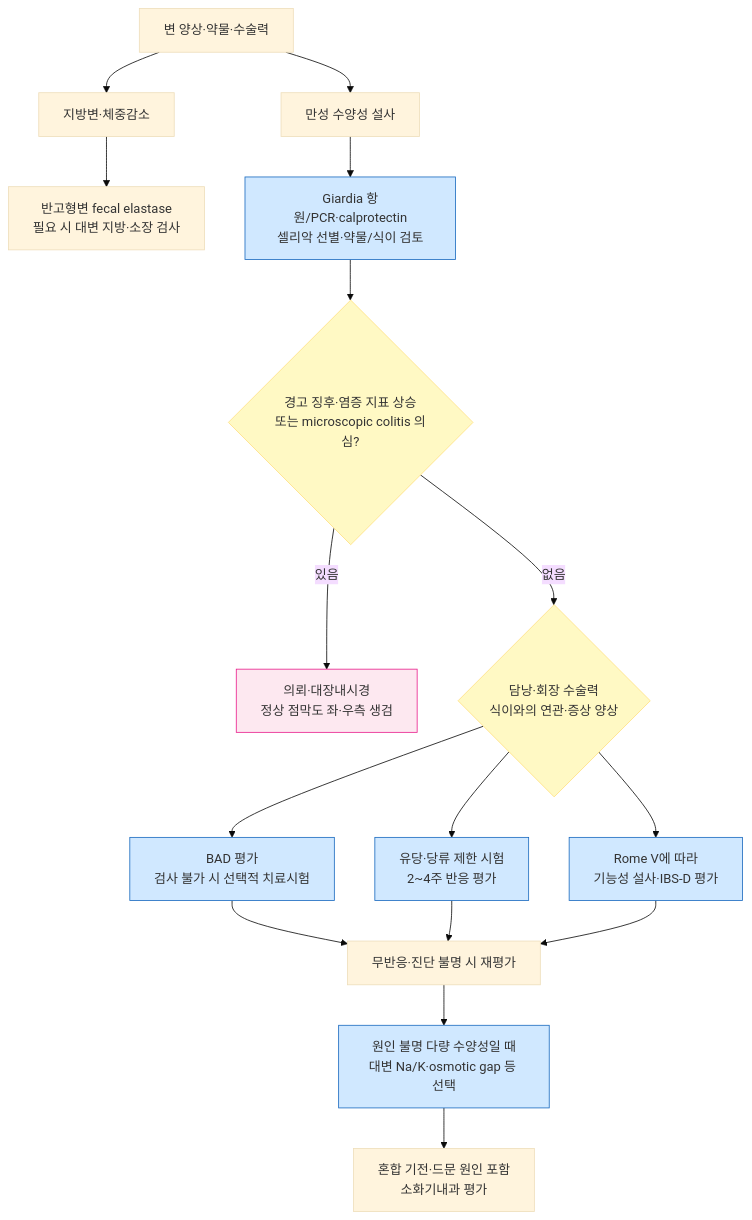
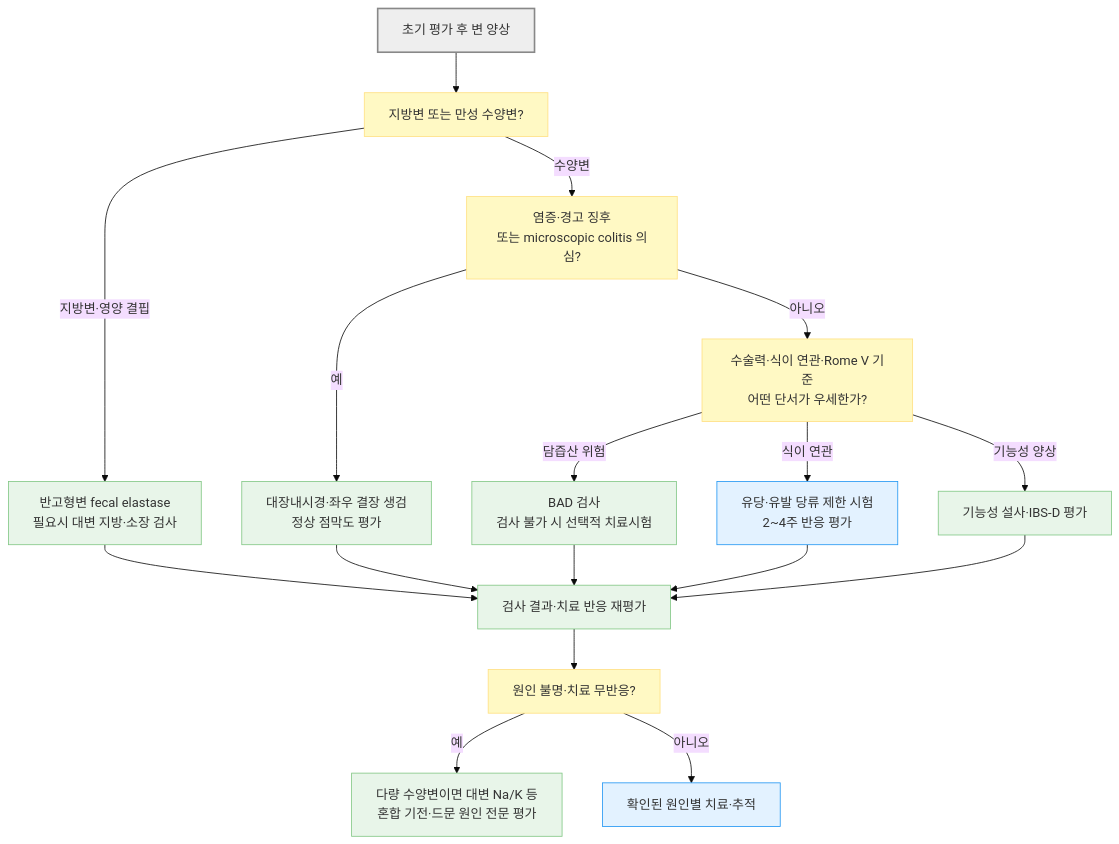
The second of 2 diagrams in 224_/084_-chronic-diarrhea.md (familyoh77/familyoh77), drawn with Mermaid (base theme) before and after one commit. The commit also changed other lines of this file and 4 other files, not shown here.

````diff
--- a/224_/084_-chronic-diarrhea.md
+++ b/224_/084_-chronic-diarrhea.md
@@ -216,23 +221,29 @@
 ```mermaid
-graph TD
-    Phenotype["변 양상·약물·수술력"] --> A["지방변·체중감소"]
-    A --> Malabs["반고형변 fecal elastase<br/>필요 시 대변 지방·소장 검사"]
-    Phenotype --> Watery["만성 수양성 설사"]
-    Watery --> Initial["Giardia 항원/PCR·calprotectin<br/>셀리악 선별·약물/식이 검토"]
-    Initial --> Alarm{"경고 징후·염증 지표 상승<br/>또는 microscopic colitis 의심?"}
-    Alarm -->|있음| Scope["의뢰·대장내시경<br/>정상 점막도 좌·우측 생검"]
-    Alarm -->|없음| Risks{"담낭·회장 수술력<br/>식이와의 연관·증상 양상"}
-    Risks --> BAD["BAD 평가<br/>검사 불가 시 선택적 치료시험"]
-    Risks --> Diet["유당·당류 제한 시험<br/>2~4주 반응 평가"]
-    Risks --> Functional["Rome V에 따라<br/>기능성 설사·IBS-D 평가"]
-    BAD --> Review["무반응·진단 불명 시 재평가"]
-    Diet --> Review
-    Functional --> Review
-    Review --> Extra["원인 불명 다량 수양성일 때<br/>대변 Na/K·osmotic gap 등 선택"]
-    Extra --> Referral["혼합 기전·드문 원인 포함<br/>소화기내과 평가"]
-classDef yellow fill:#fff9c4,stroke:#ffe082
-class Alarm,Risks yellow
-classDef blue fill:#d0e8ff,stroke:#1a6abf
-class Initial,BAD,Diet,Functional,Extra blue
-style Scope fill:#fde8f0,stroke:#e91e8c
+flowchart TD
+    A["초기 평가 후 변 양상"] --> P["지방변 또는 만성 수양변?"]
+    P -- "지방변·영양 결핍" --> M["반고형변 fecal elastase<br/>필요시 대변 지방·소장 검사"]
+    P -- "수양변" --> Q["염증·경고 징후<br/>또는 microscopic colitis 의심?"]
+    Q -- "예" --> S["대장내시경·좌우 결장 생검<br/>정상 점막도 평가"]
+    Q -- "아니오" --> R["수술력·식이 연관·Rome V 기준<br/>어떤 단서가 우세한가?"]
+    R -- "담즙산 위험" --> B["BAD 검사<br/>검사 불가 시 선택적 치료시험"]
+    R -- "식이 연관" --> F["유당·유발 당류 제한 시험<br/>2~4주 반응 평가"]
+    R -- "기능성 양상" --> G["기능성 설사·IBS-D 평가"]
+    M --> V["검사 결과·치료 반응 재평가"]
+    S --> V
+    B --> V
+    F --> V
+    G --> V
+    V --> N["원인 불명·치료 무반응?"]
+    N -- "예" --> X["다량 수양변이면 대변 Na/K 등<br/>혼합 기전·드문 원인 전문 평가"]
+    N -- "아니오" --> T["확인된 원인별 치료·추적"]
+    classDef neutral fill:#eeeeee,stroke:#888888,stroke-width:2px
+    classDef question fill:#fff9c4,stroke:#ffe082
+    classDef test fill:#e8f5e9,stroke:#81c784
+    classDef treatment fill:#e3f2ff,stroke:#2196f3
+    classDef emergency fill:#ffdddd,stroke:#d32f2f
+    classDef next fill:#e8eaf6,stroke:#9fa8da
+    class A neutral
+    class P,Q,R,N question
+    class M,S,B,G,V,X test
+    class F,T treatment
 ```
````
